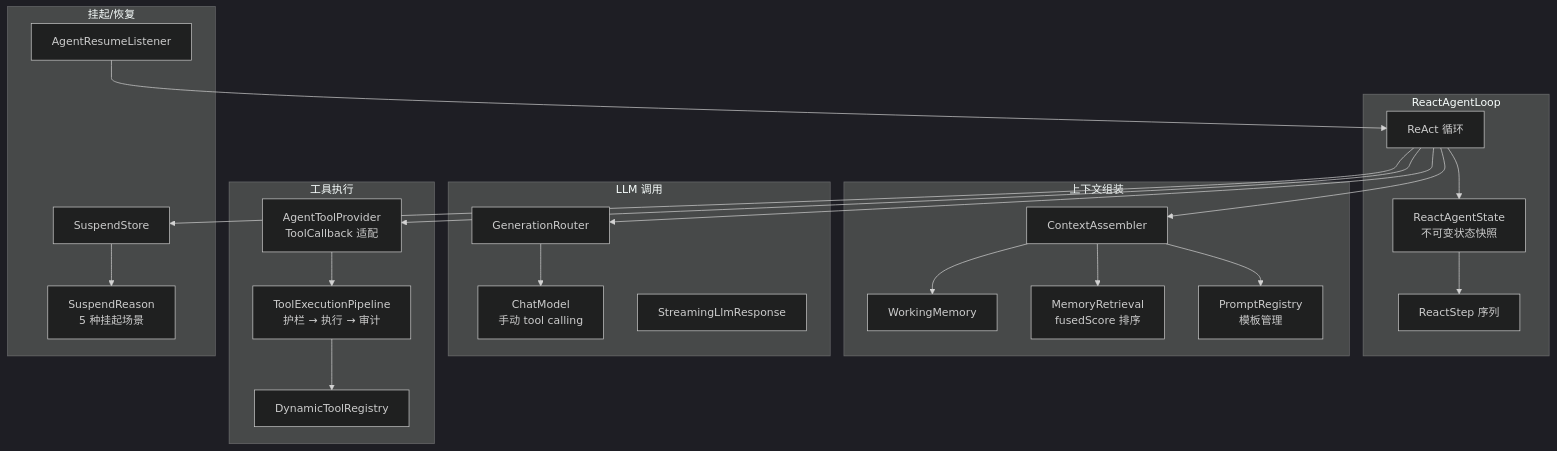
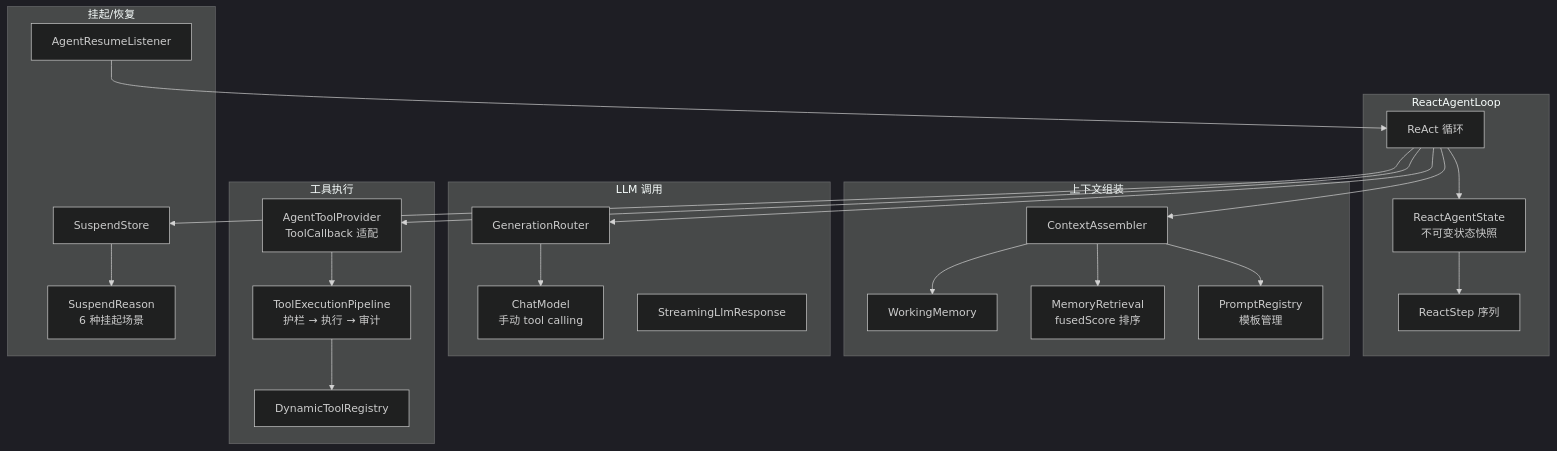
Before and after one commit to ntygod/LifePilot: the fifth of 35 diagrams in ARCHITECTURE-DIAGRAMS.md, drawn with Mermaid (dark theme). The commit also changed other lines of this file and 96 other files, not shown here.

````diff
--- a/ARCHITECTURE-DIAGRAMS.md
+++ b/ARCHITECTURE-DIAGRAMS.md
@@ -273,52 +273,52 @@
 ```mermaid
 graph TB
     subgraph "ReactAgentLoop"
         Loop[ReAct 循环]
         State[ReactAgentState<br/>不可变状态快照]
         Steps[ReactStep 序列]
     end
 
     subgraph "上下文组装"
         Assembler[ContextAssembler]
         WM[WorkingMemory]
         Retrieval[MemoryRetrieval<br/>fusedScore 排序]
         PromptReg[PromptRegistry<br/>模板管理]
     end
 
     subgraph "LLM 调用"
         Router[GenerationRouter]
         ChatModel[ChatModel<br/>手动 tool calling]
         Streaming[StreamingLlmResponse]
     end
 
     subgraph "工具执行"
         ToolProvider[AgentToolProvider<br/>ToolCallback 适配]
         Pipeline[ToolExecutionPipeline<br/>护栏 → 执行 → 审计]
         Registry[DynamicToolRegistry]
     end
 
     subgraph "挂起/恢复"
         SuspendStore[SuspendStore]
-        SuspendReason[SuspendReason<br/>5 种挂起场景]
+        SuspendReason[SuspendReason<br/>6 种挂起场景]
         ResumeListener[AgentResumeListener]
     end
 
     Loop --> Assembler
     Assembler --> WM
     Assembler --> Retrieval
     Assembler --> PromptReg
 
     Loop --> Router
     Router --> ChatModel
 
     Loop --> ToolProvider
     ToolProvider --> Pipeline
     Pipeline --> Registry
 
     Loop --> State
     State --> Steps
 
     Loop --> SuspendStore
     SuspendStore --> SuspendReason
     ResumeListener --> Loop
 ```
````
